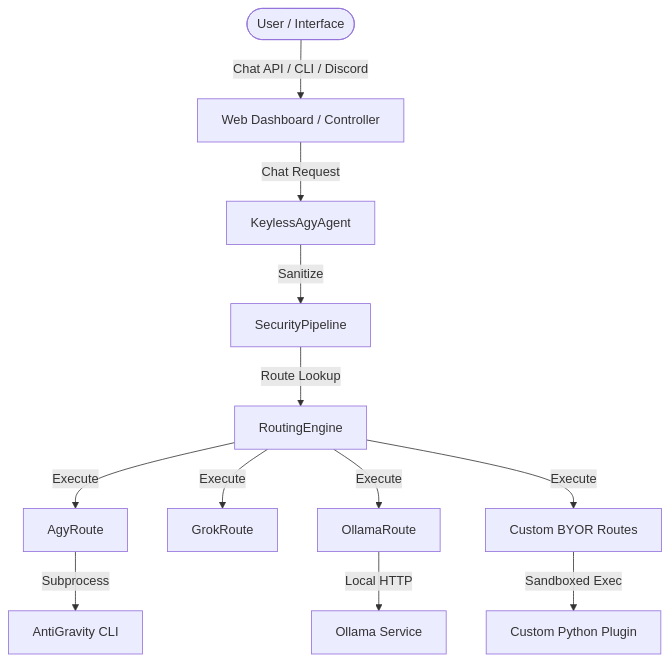
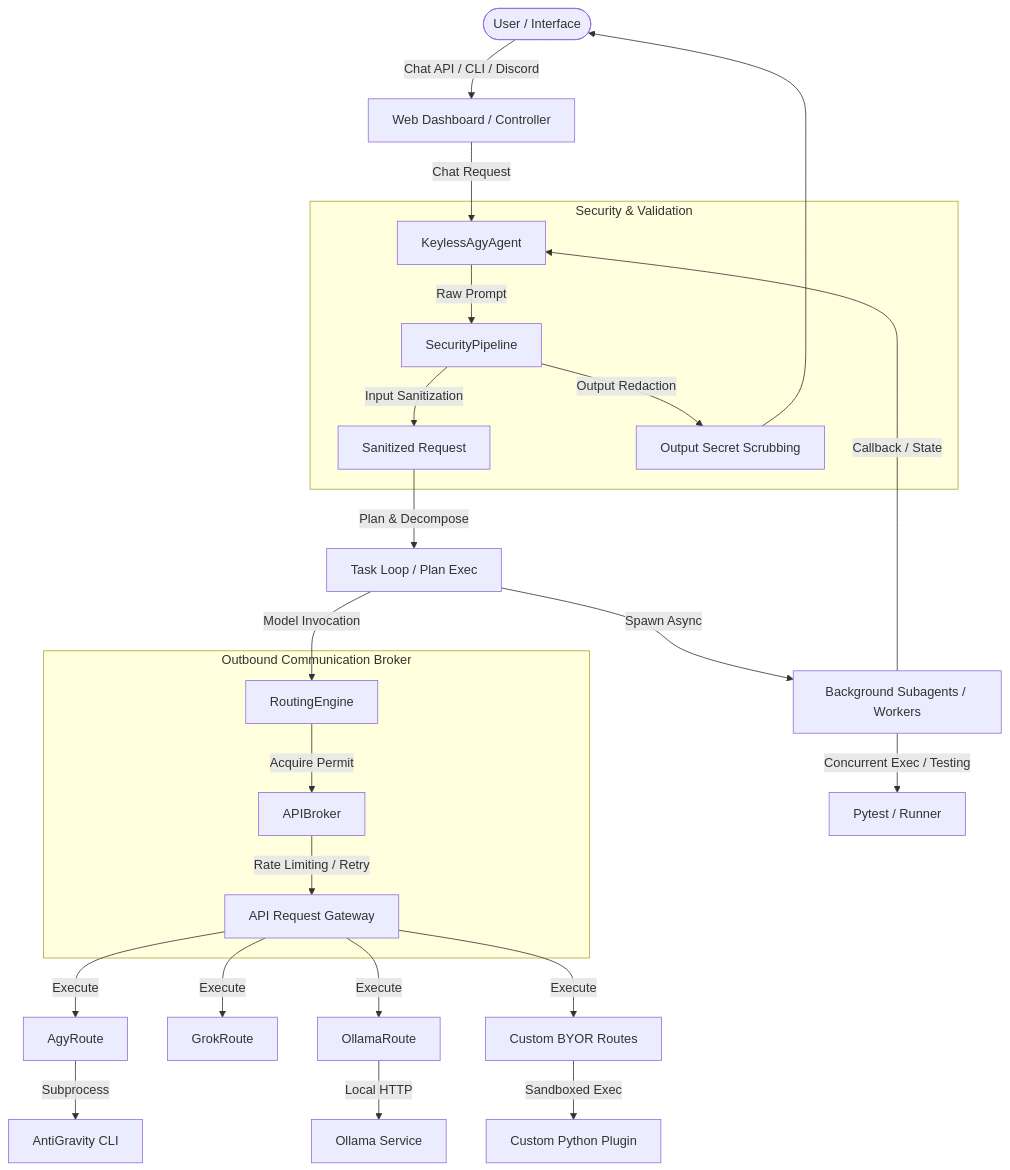
The diagram in README.md (Enuclea/AGent-Ada), drawn with Mermaid before and after one commit. The commit also changed other lines of this file and 1 other file, not shown here.

Commit message:
docs: update README with architectural details and add comprehensive failover documentation

````diff
--- a/README.md
+++ b/README.md
@@ -39,14 +88,34 @@
 ```mermaid
 graph TD
     User([User / Interface]) -->|Chat API / CLI / Discord| Web[Web Dashboard / Controller]
     Web -->|Chat Request| Keyless[KeylessAgyAgent]
-    Keyless -->|Sanitize| Pipeline[SecurityPipeline]
-    Pipeline -->|Route Lookup| Routing[RoutingEngine]
-    Routing -->|Execute| AgyRoute[AgyRoute]
-    Routing -->|Execute| GrokRoute[GrokRoute]
-    Routing -->|Execute| OllamaRoute[OllamaRoute]
-    Routing -->|Execute| CustomRoute[Custom BYOR Routes]
+    
+    subgraph Security & Validation
+        Keyless -->|Raw Prompt| Pipeline[SecurityPipeline]
+        Pipeline -->|Input Sanitization| SanitizedPrompt[Sanitized Request]
+        Pipeline -->|Output Redaction| OutputSanitizer[Output Secret Scrubbing]
+    end
+    
+    SanitizedPrompt -->|Plan & Decompose| Tasks[Task Loop / Plan Exec]
+    Tasks -->|Spawn Async| Subagents[Background Subagents / Workers]
+    Subagents -->|Concurrent Exec / Testing| Pytest[Pytest / Runner]
+    
+    Tasks -->|Model Invocation| Routing[RoutingEngine]
+    
+    subgraph Outbound Communication Broker
+        Routing -->|Acquire Permit| Broker[APIBroker]
+        Broker -->|Rate Limiting / Retry| ActualCall[API Request Gateway]
+    end
+    
+    ActualCall -->|Execute| AgyRoute[AgyRoute]
+    ActualCall -->|Execute| GrokRoute[GrokRoute]
+    ActualCall -->|Execute| OllamaRoute[OllamaRoute]
+    ActualCall -->|Execute| CustomRoute[Custom BYOR Routes]
+    
     AgyRoute -->|Subprocess| AgyCLI[AntiGravity CLI]
     OllamaRoute -->|Local HTTP| OllamaDaemon[Ollama Service]
     CustomRoute -->|Sandboxed Exec| CustomModule[Custom Python Plugin]
+    
+    Subagents -->|Callback / State| Keyless
+    OutputSanitizer --> User
 ```
````
